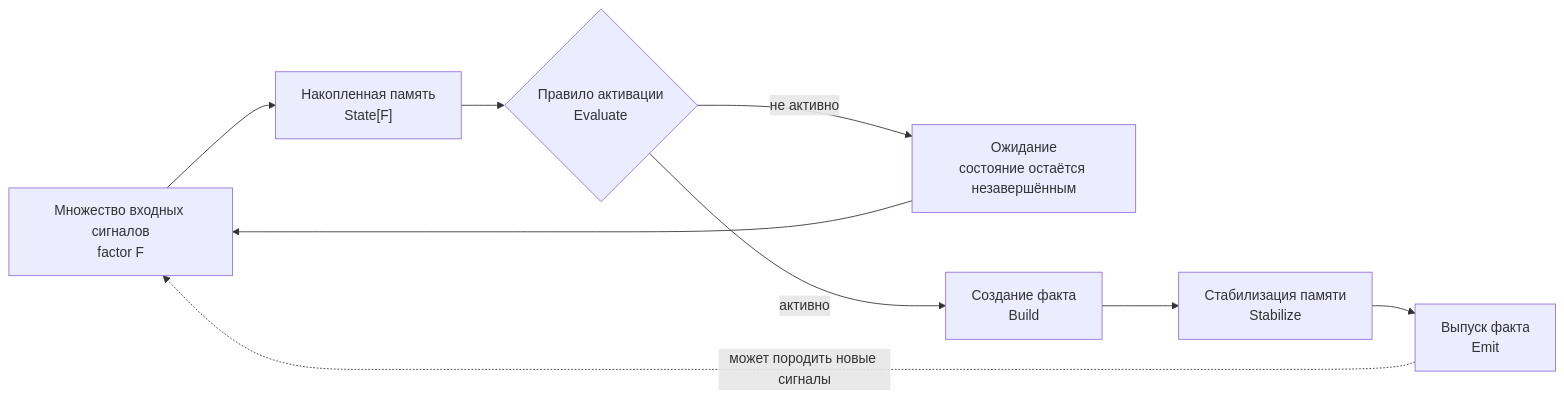
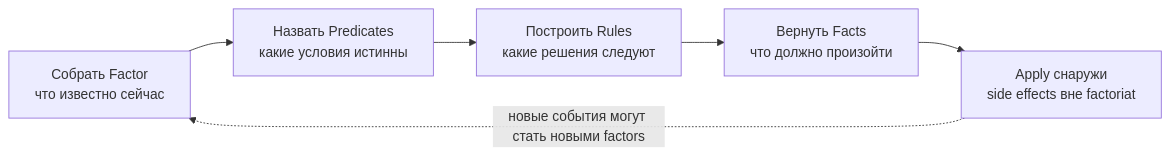
The first of 2 diagrams in README.md (vortex14/go-factoriat), drawn with Mermaid before and after one commit. The commit also changed other lines of this file and 10 other files, not shown here.

````diff
--- a/README.md
+++ b/README.md
@@ -151,11 +44,9 @@
 ```mermaid
 flowchart LR
-    SIGNALS["Множество входных сигналов<br/>factor F"] --> MEMORY["Накопленная память<br/>State[F]"]
-    MEMORY --> GATE{"Правило активации<br/>Evaluate"}
-    GATE -- "не активно" --> HOLD["Ожидание<br/>состояние остаётся незавершённым"]
-    GATE -- "активно" --> FACT["Создание факта<br/>Build"]
-    FACT --> STABLE["Стабилизация памяти<br/>Stabilize"]
-    STABLE --> OUTPUT["Выпуск факта<br/>Emit"]
-    HOLD --> SIGNALS
-    OUTPUT -. "может породить новые сигналы" .-> SIGNALS
+    A["Собрать Factor<br/>что известно сейчас"] --> B["Назвать Predicates<br/>какие условия истинны"]
+    B --> C["Построить Rules<br/>какие решения следуют"]
+    C --> D["Вернуть Facts<br/>что должно произойти"]
+    D --> E["Apply снаружи<br/>side effects вне factoriat"]
+
+    E -. "новые события могут стать новыми factors" .-> A
 ```
````
